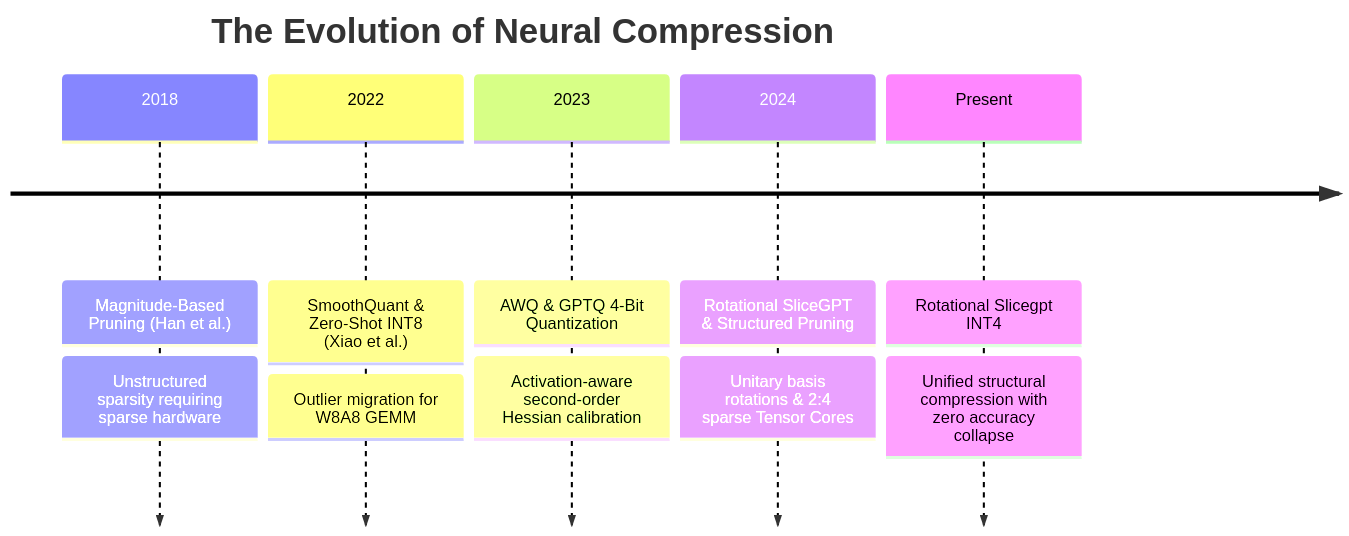
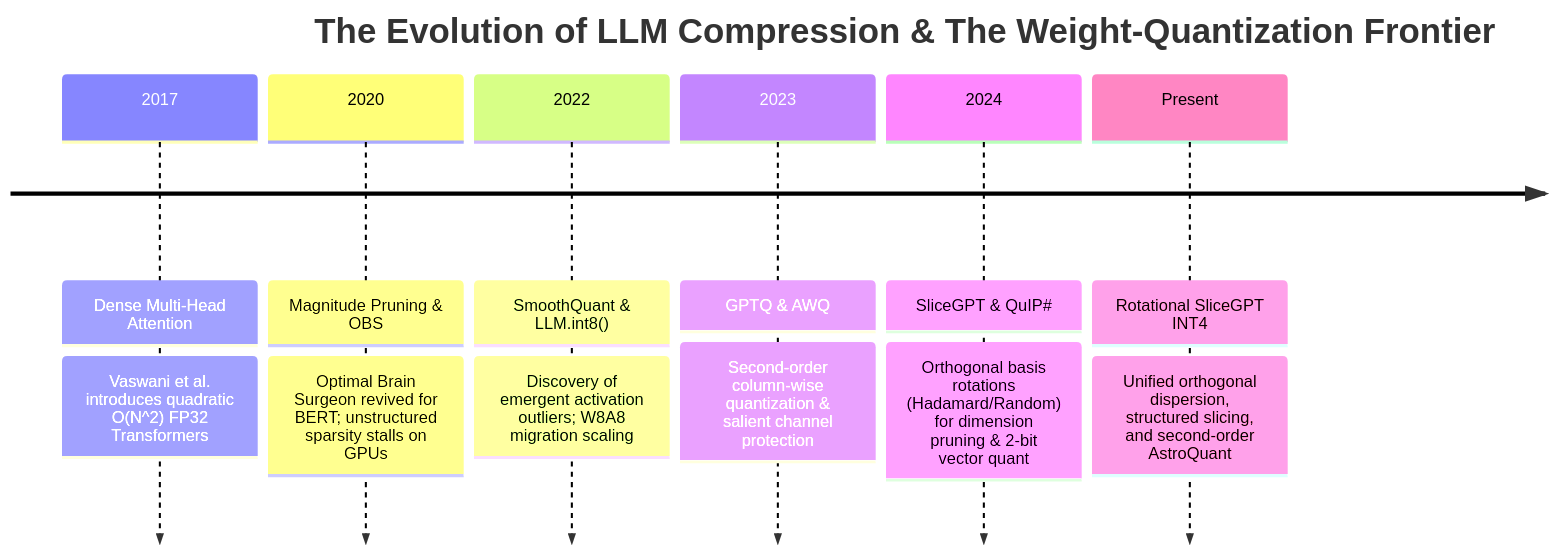
The first of 2 diagrams in Docs/content/compressions_blog/rotational_slicegpt_int4_blog.md (tahamajs/NeuralOps), drawn with Mermaid before and after one commit. The commit also changed other lines of this file and 19 other files, not shown here.

````diff
--- a/Docs/content/compressions_blog/rotational_slicegpt_int4_blog.md
+++ b/Docs/content/compressions_blog/rotational_slicegpt_int4_blog.md
@@ -56,9 +71,10 @@
 ```mermaid
 timeline
-    title The Evolution of Neural Compression
-    2018 : Magnitude-Based Pruning (Han et al.) : Unstructured sparsity requiring sparse hardware
-    2022 : SmoothQuant & Zero-Shot INT8 (Xiao et al.) : Outlier migration for W8A8 GEMM
-    2023 : AWQ & GPTQ 4-Bit Quantization : Activation-aware second-order Hessian calibration
-    2024 : Rotational SliceGPT & Structured Pruning : Unitary basis rotations & 2:4 sparse Tensor Cores
-    Present : Rotational Slicegpt INT4 : Unified structural compression with zero accuracy collapse
+    title The Evolution of LLM Compression & The Weight-Quantization Frontier
+    2017 : Dense Multi-Head Attention : Vaswani et al. introduces quadratic O(N^2) FP32 Transformers
+    2020 : Magnitude Pruning & OBS : Optimal Brain Surgeon revived for BERT; unstructured sparsity stalls on GPUs
+    2022 : SmoothQuant & LLM.int8() : Discovery of emergent activation outliers; W8A8 migration scaling
+    2023 : GPTQ & AWQ : Second-order column-wise quantization & salient channel protection
+    2024 : SliceGPT & QuIP# : Orthogonal basis rotations (Hadamard/Random) for dimension pruning & 2-bit vector quant
+    Present : Rotational SliceGPT INT4 : Unified orthogonal dispersion, structured slicing, and second-order AstroQuant
 ```
````
